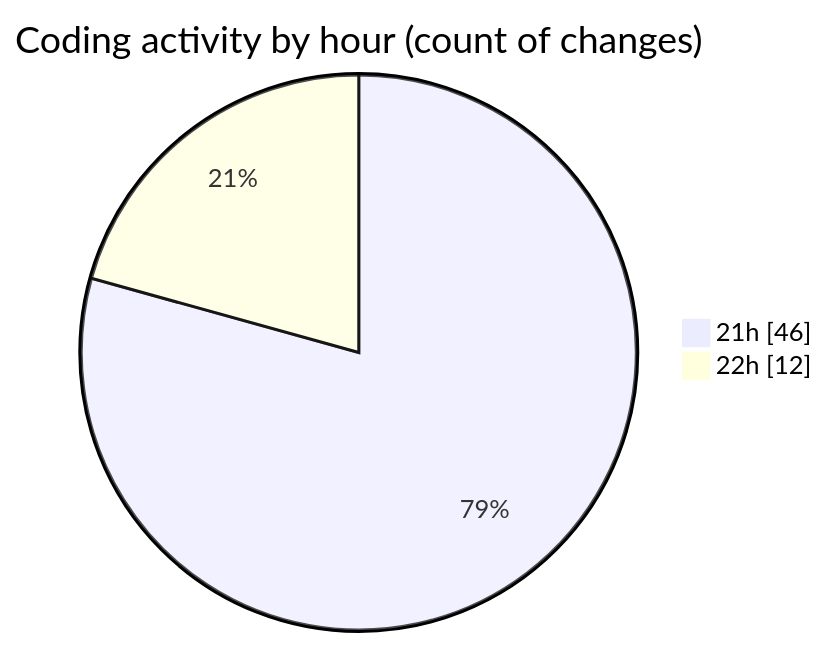
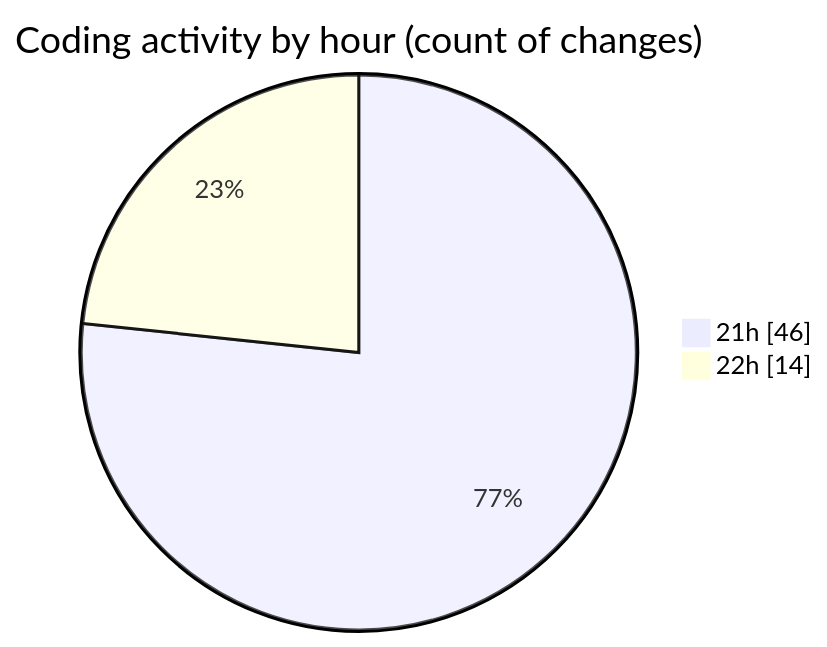
Before and after one commit to Ritupan-Deka/code-tracking: the second of 2 diagrams in 2025-10-13/scopecraft/README.md, drawn with Mermaid. The commit also changed other lines of this file and 1 other file, not shown here.

````diff
--- a/2025-10-13/scopecraft/README.md
+++ b/2025-10-13/scopecraft/README.md
@@ -37,6 +37,6 @@
 ```mermaid
 pie showData
 title Coding activity by hour (count of changes)
 "21h" : 46
-"22h" : 12
+"22h" : 14
 ```
````
